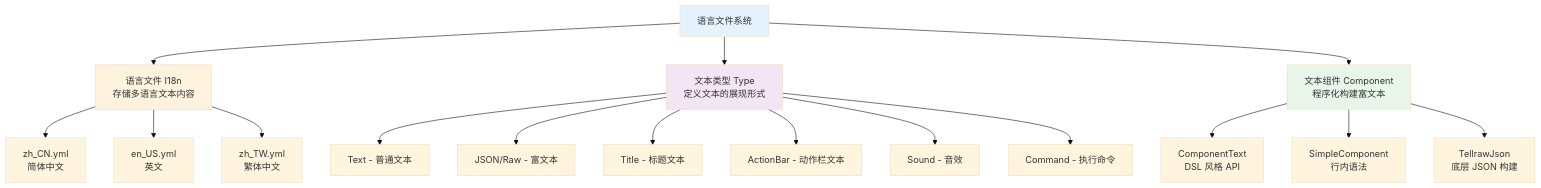
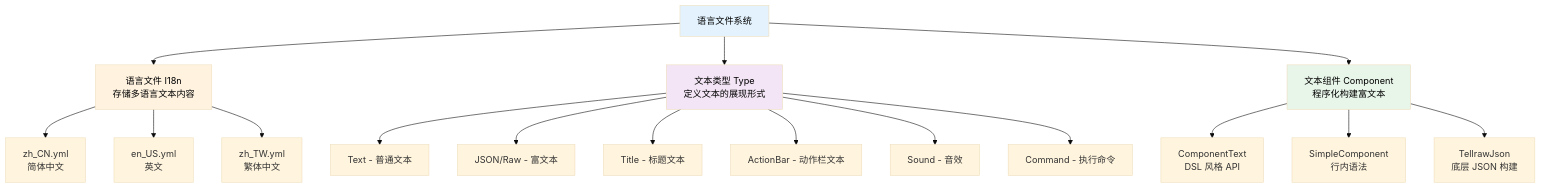
One commit to FxRayHughes/taboowiki changed the first of 2 diagrams in docs/basic-tech/language/index.md. Above: the diagram before and after it, drawn with Mermaid (base theme). The commit also changed other lines of this file and 19 other files, not shown here.

First line of the commit message:
feat(docs): 添加 Mermaid 图表支持并优化暗色模式显示

````diff
--- a/docs/basic-tech/language/index.md
+++ b/docs/basic-tech/language/index.md
@@ -13,26 +13,26 @@
 ```mermaid
 graph TB
     A[语言文件系统] --> B[语言文件 I18n<br/>存储多语言文本内容]
     A --> C[文本类型 Type<br/>定义文本的展现形式]
     A --> D[文本组件 Component<br/>程序化构建富文本]
 
     B --> B1[zh_CN.yml<br/>简体中文]
     B --> B2[en_US.yml<br/>英文]
     B --> B3[zh_TW.yml<br/>繁体中文]
 
     C --> C1[Text - 普通文本]
     C --> C2[JSON/Raw - 富文本]
     C --> C3[Title - 标题文本]
     C --> C4[ActionBar - 动作栏文本]
     C --> C5[Sound - 音效]
     C --> C6[Command - 执行命令]
 
     D --> D1[ComponentText<br/>DSL 风格 API]
     D --> D2[SimpleComponent<br/>行内语法]
     D --> D3[TellrawJson<br/>底层 JSON 构建]
 
-    style A fill:#e3f2fd
-    style B fill:#fff3e0
-    style C fill:#f3e5f5
-    style D fill:#e8f5e9
+    style A fill:#e3f2fd,color:#000000
+    style B fill:#fff3e0,color:#000000
+    style C fill:#f3e5f5,color:#000000
+    style D fill:#e8f5e9,color:#000000
 ```
````
